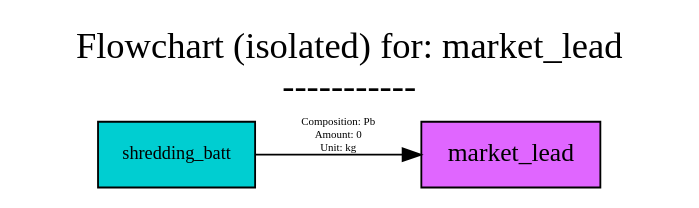
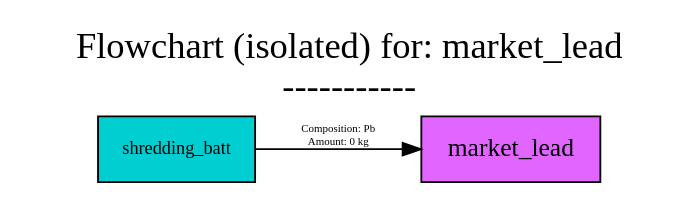
Before and after one commit to FutuRaM-Project/Recovery-Model: the diagram in src/examples/ELV/figures/flowcharts/processes/dot/market_lead.dot, drawn with Graphviz. The commit also changed 177 other files, not shown here.

```diff
--- a/src/examples/ELV/figures/flowcharts/processes/dot/market_lead.dot
+++ b/src/examples/ELV/figures/flowcharts/processes/dot/market_lead.dot
@@ -1,42 +1,41 @@
 digraph {
-	graph [bb="0,0,326,91",
+	graph [bb="0,0,326,88",
 		font=Cabin,
 		fontname=Cabin,
 		fontsize=20,
 		label="Flowchart (isolated) for: market_lead
 -----------",
 		labeljust=c,
 		labelloc=tc,
 		lheight=0.61,
-		lp="163,65",
+		lp="163,62",
 		lwidth=4.31,
 		nodesep=0.6,
 		rankdir=LR,
 		ranksep=0.6
 	];
 	node [label="\N"];
 	market_lead	[fillcolor=mediumorchid1,
 		fontname=Cabin,
 		fontsize=14,
 		height=0.5,
 		pos="246,18",
 		shape=box,
 		style=filled,
 		width=1.2639];
 	shredding_batt	[fillcolor=darkturquoise,
 		fontname=Cabin,
 		fontsize=10,
 		height=0.5,
 		pos="74.5,18",
 		shape=box,
 		style=filled,
 		width=1.1111];
 	shredding_batt -> market_lead	[color=black,
 		fontname=Cabin,
 		fontsize=6,
 		label="Composition: Pb
-Amount: 0 
-Unit: kg",
-		lp="157.5,28.5",
+Amount: 0 kg",
+		lp="157.5,25",
 		pos="e,200.22,18 114.81,18 137.15,18 165.46,18 189.97,18"];
 }
```
